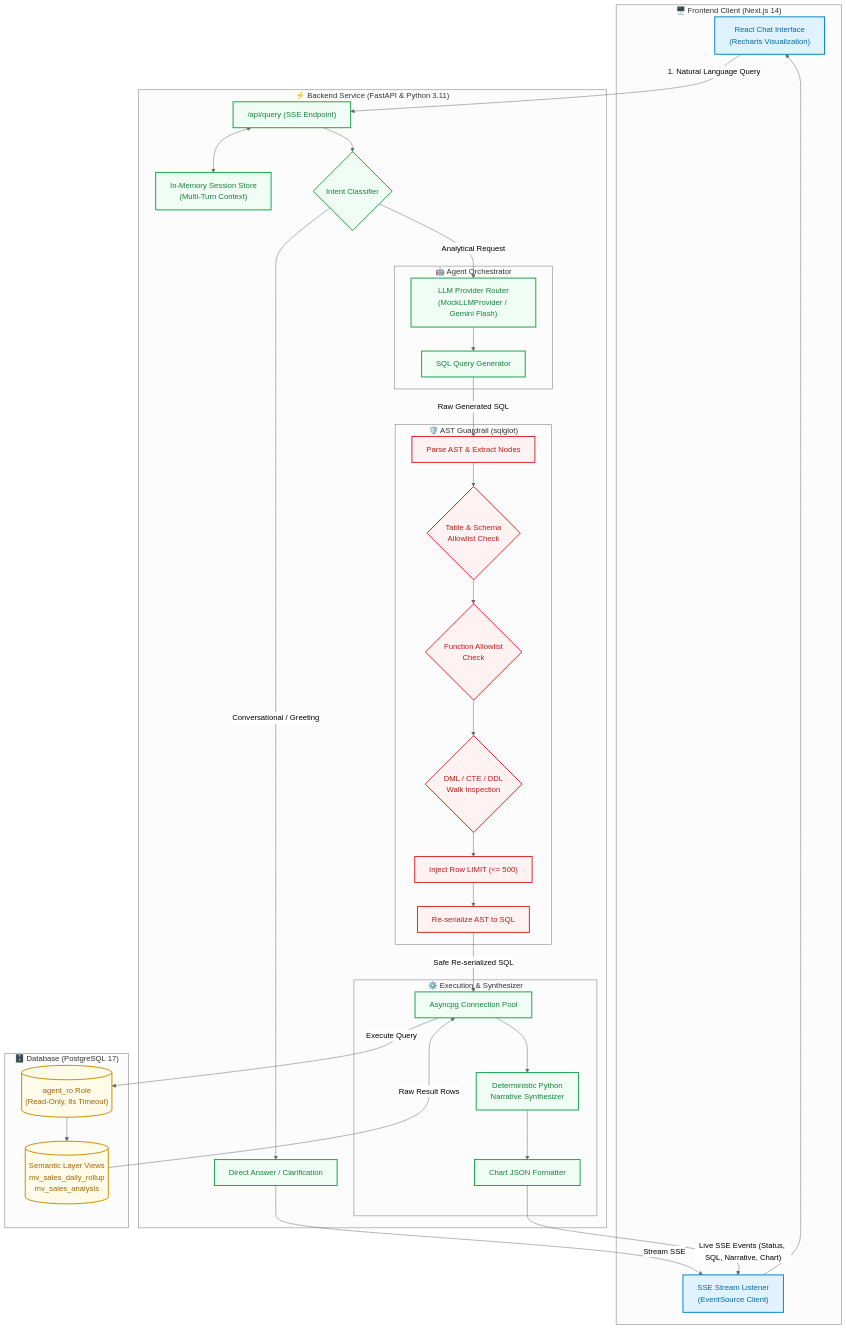
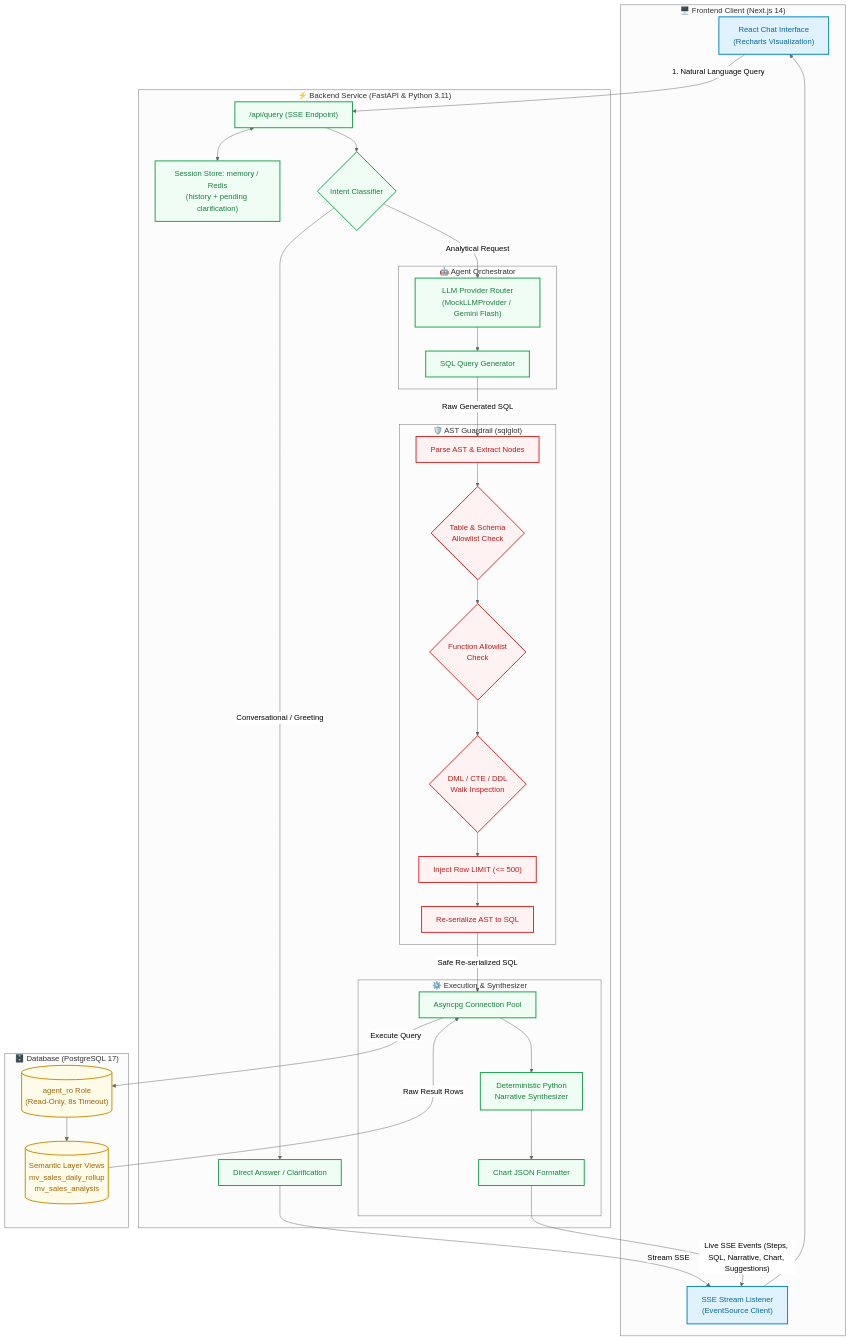
The first of 2 diagrams in README.md (bkget/retail-agentic-copilot), drawn with Mermaid (neutral theme) before and after one commit. The commit also changed other lines of this file and 40 other files, not shown here.

````diff
--- a/README.md
+++ b/README.md
@@ -68,72 +69,72 @@
 ```mermaid
 flowchart TD
     subgraph ClientLayer["🖥️ Frontend Client (Next.js 14)"]
         UI["React Chat Interface<br/>(Recharts Visualization)"]
         SSEClient["SSE Stream Listener<br/>(EventSource Client)"]
     end
 
     subgraph BackendAPI["⚡ Backend Service (FastAPI & Python 3.11)"]
         Router["/api/query (SSE Endpoint)"]
-        SessionStore["In-Memory Session Store<br/>(Multi-Turn Context)"]
+        SessionStore["Session Store: memory / Redis<br/>(history + pending clarification)"]
         IntentClassifier{"Intent Classifier"}
         DirectResponse["Direct Answer / Clarification"]
         
         subgraph AgentCore["🤖 Agent Orchestrator"]
             LLMRouter["LLM Provider Router<br/>(MockLLMProvider / Gemini Flash)"]
             SQLGen["SQL Query Generator"]
         end
         
         subgraph Guardrail["🛡️ AST Guardrail (sqlglot)"]
             ASTParse["Parse AST & Extract Nodes"]
             TableCheck{"Table & Schema<br/>Allowlist Check"}
             FuncCheck{"Function Allowlist<br/>Check"}
             DMLCheck{"DML / CTE / DDL<br/>Walk Inspection"}
             LimitInject["Inject Row LIMIT (<= 500)"]
             Reserialize["Re-serialize AST to SQL"]
         end
 
         subgraph Engine["⚙️ Execution & Synthesizer"]
             AsyncpgClient["Asyncpg Connection Pool"]
             NarrativeSynth["Deterministic Python<br/>Narrative Synthesizer"]
             ChartConfig["Chart JSON Formatter"]
         end
     end
 
     subgraph DBLayer["🗄️ Database (PostgreSQL 17)"]
         AgentRO[("agent_ro Role<br/>(Read-Only, 8s Timeout)")]
         SemanticViews[("Semantic Layer Views<br/>mv_sales_daily_rollup<br/>mv_sales_analysis")]
     end
 
     UI -->|"1. Natural Language Query"| Router
     Router <--> SessionStore
     Router --> IntentClassifier
     IntentClassifier -->|"Conversational / Greeting"| DirectResponse -->|"Stream SSE"| SSEClient
     IntentClassifier -->|"Analytical Request"| LLMRouter
     LLMRouter --> SQLGen
     SQLGen -->|"Raw Generated SQL"| ASTParse
     ASTParse --> TableCheck
     TableCheck --> FuncCheck
     FuncCheck --> DMLCheck
     DMLCheck --> LimitInject
     LimitInject --> Reserialize
     
     Reserialize -->|"Safe Re-serialized SQL"| AsyncpgClient
     AsyncpgClient -->|"Execute Query"| AgentRO
     AgentRO --> SemanticViews
     SemanticViews -->|"Raw Result Rows"| AsyncpgClient
     
     AsyncpgClient --> NarrativeSynth
     NarrativeSynth --> ChartConfig
-    ChartConfig -->|"Live SSE Events (Status, SQL, Narrative, Chart)"| SSEClient
+    ChartConfig -->|"Live SSE Events (Steps, SQL, Narrative, Chart, Suggestions)"| SSEClient
     SSEClient --> UI
 
     classDef client fill:#e0f2fe,stroke:#0284c7,stroke-width:2px,color:#0369a1;
     classDef backend fill:#f0fdf4,stroke:#16a34a,stroke-width:2px,color:#15803d;
     classDef security fill:#fef2f2,stroke:#dc2626,stroke-width:2px,color:#b91c1c;
     classDef db fill:#fefce8,stroke:#ca8a04,stroke-width:2px,color:#a16207;
 
     class UI,SSEClient client;
     class Router,SessionStore,IntentClassifier,DirectResponse,LLMRouter,SQLGen,AsyncpgClient,NarrativeSynth,ChartConfig backend;
     class ASTParse,TableCheck,FuncCheck,DMLCheck,LimitInject,Reserialize security;
     class AgentRO,SemanticViews db;
 ```
````
